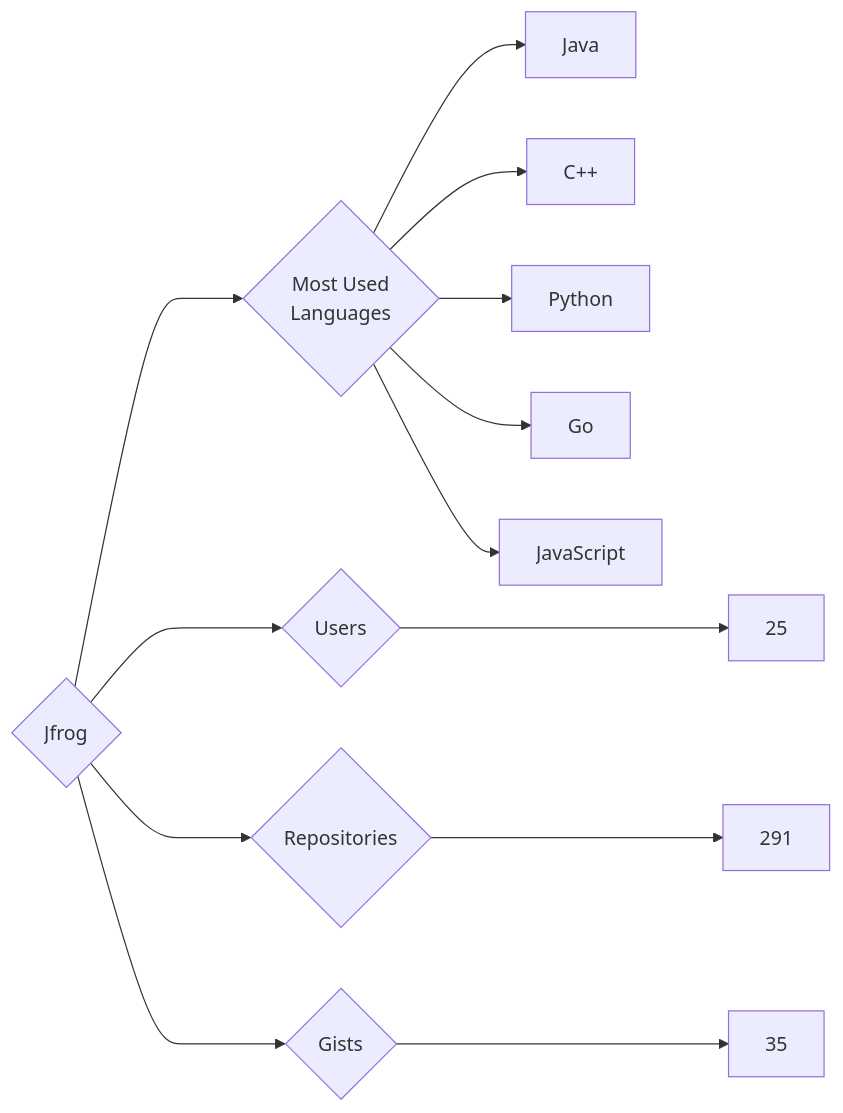
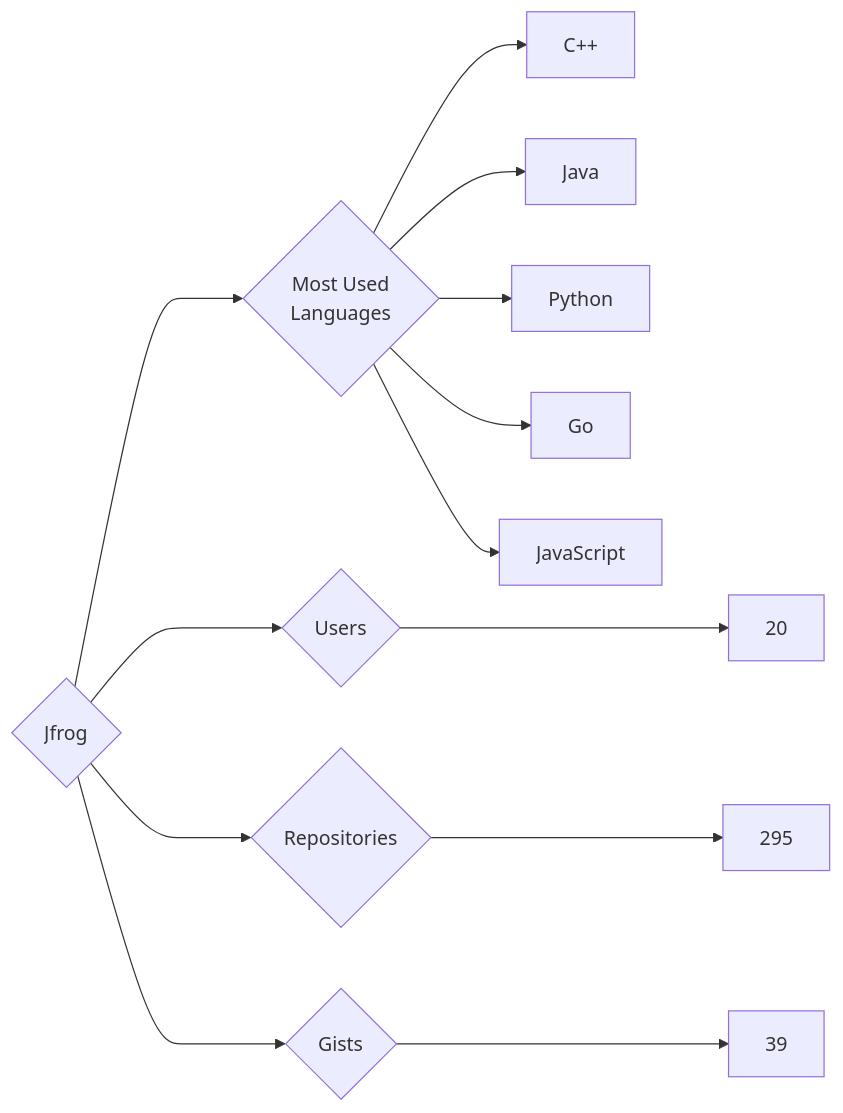
Before and after one commit to trickest/insiders: the diagram in targets/Jfrog/README.md, drawn with Mermaid. The commit also changed 777 other files, not shown here.

````diff
--- a/targets/Jfrog/README.md
+++ b/targets/Jfrog/README.md
@@ -3,13 +3,13 @@
 ```mermaid
 graph LR
 COMPANY_NAME{Jfrog}
-COMPANY_NAME ---> U{Users} ---> UN[25]
-COMPANY_NAME ---> R{Repositories} ---> RN[291]
-COMPANY_NAME ---> G{Gists} ---> GN[35]
+COMPANY_NAME ---> U{Users} ---> UN[20]
+COMPANY_NAME ---> R{Repositories} ---> RN[295]
+COMPANY_NAME ---> G{Gists} ---> GN[39]
 COMPANY_NAME ---> ML{Most Used<br>Languages}
+ML --> C++[C++]
 ML --> Java[Java]
-ML --> C++[C++]
 ML --> Python[Python]
 ML --> Go[Go]
 ML --> JavaScript[JavaScript]
 ```
````
